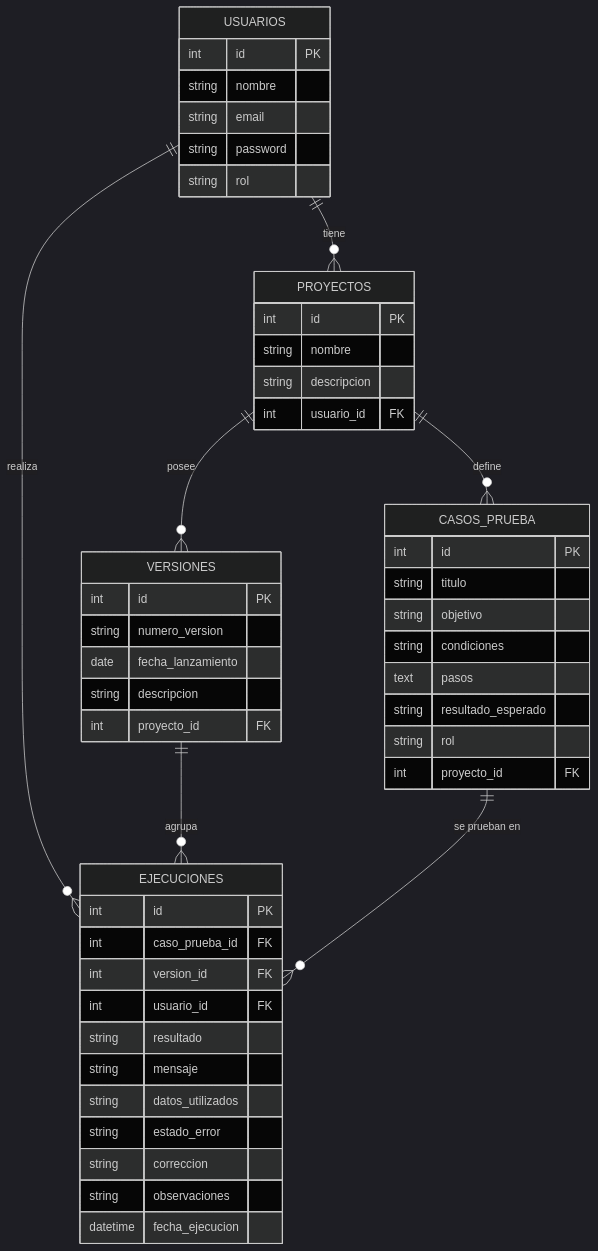
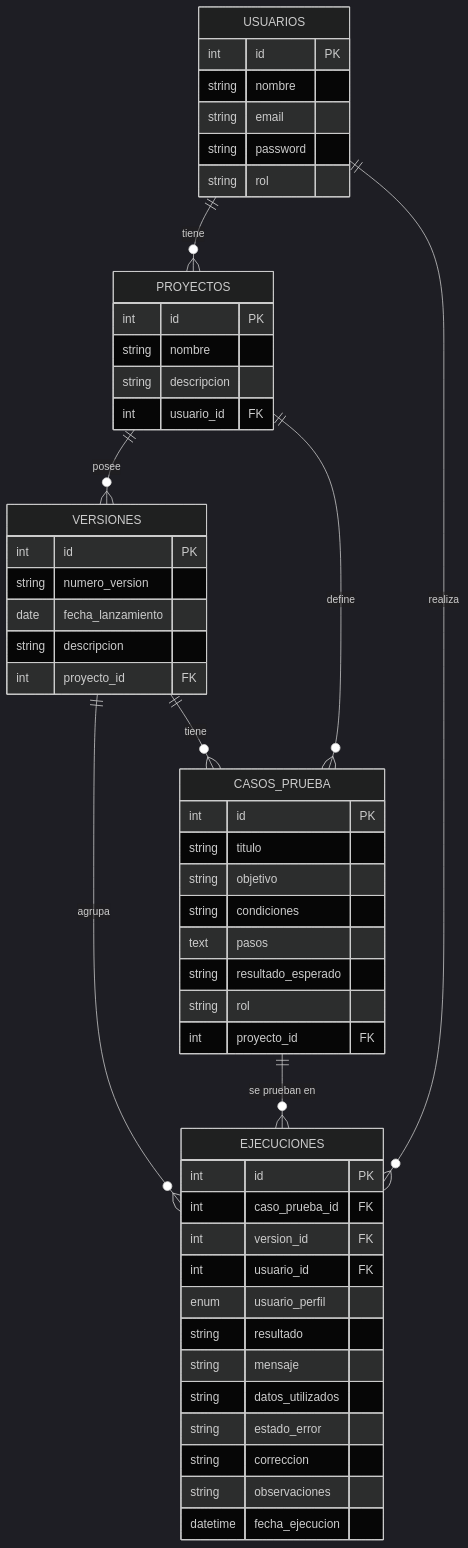
One commit to EdgarCCosta/TestLab changed the second of 2 diagrams in README.md. Above: the diagram before and after it, drawn with Mermaid (dark theme). The commit also changed 1 other file, not shown here.

Commit message:
Docker compose y README.md

````diff
--- a/README.md
+++ b/README.md
@@ -48,53 +48,55 @@
 ```mermaid
 erDiagram
 USUARIOS ||--o{ PROYECTOS : "tiene"
 USUARIOS ||--o{ EJECUCIONES : "realiza"
 PROYECTOS ||--o{ VERSIONES : "posee"
 PROYECTOS ||--o{ CASOS_PRUEBA : "define"
 VERSIONES ||--o{ EJECUCIONES :"agrupa"
+VERSIONES ||--o{ CASOS_PRUEBA :"tiene"
 CASOS_PRUEBA ||--o{ EJECUCIONES : "se prueban en"
 
 USUARIOS { 
     int id PK 
     string nombre 
     string email 
     string password 
     string rol 
 } 
 PROYECTOS { 
     int id PK 
     string nombre 
     string descripcion 
     int usuario_id FK 
 } 
 VERSIONES { 
     int id PK 
     string numero_version 
     date fecha_lanzamiento 
     string descripcion 
     int proyecto_id FK 
 } 
 CASOS_PRUEBA { 
     int id PK 
     string titulo 
     string objetivo 
     string condiciones 
     text pasos 
     string resultado_esperado 
     string rol 
     int proyecto_id FK 
 } 
 EJECUCIONES { 
     int id PK 
     int caso_prueba_id FK 
     int version_id FK 
-    int usuario_id FK 
+    int usuario_id FK
+    enum usuario_perfil
     string resultado 
     string mensaje 
     string datos_utilizados 
     string estado_error 
     string correccion 
     string observaciones 
     datetime fecha_ejecucion 
 }
 ```
````
